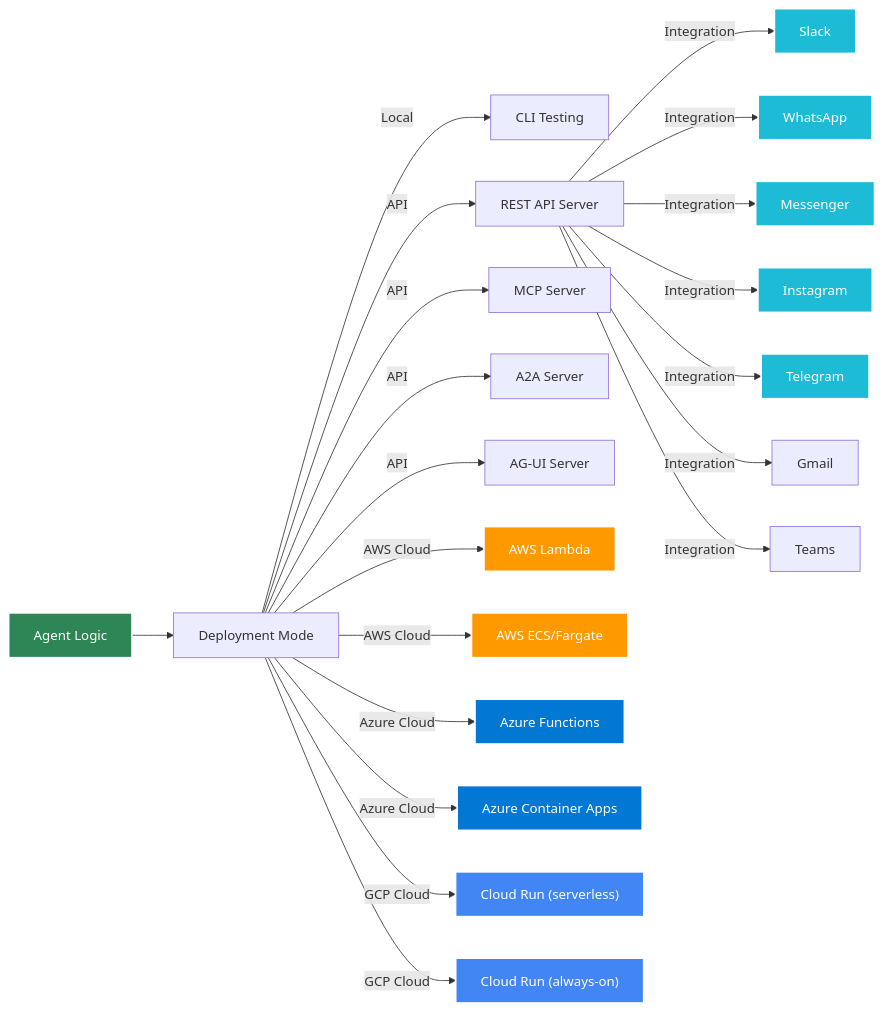
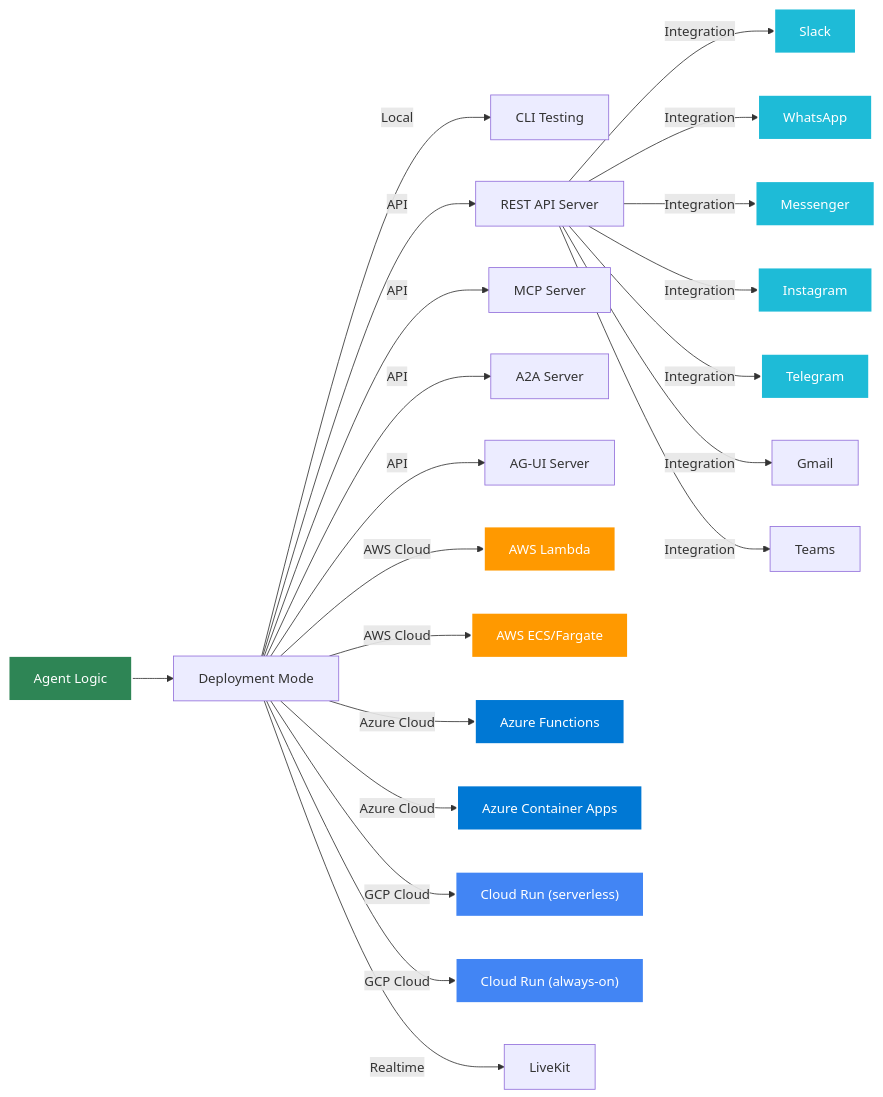
Before and after one commit to yaalalabs/agent-kernel: the second of 2 diagrams in docs/docs/intro.md, drawn with Mermaid. The commit also changed other lines of this file and 14 other files, not shown here.

````diff
--- a/docs/docs/intro.md
+++ b/docs/docs/intro.md
@@ -213,28 +212,29 @@
 ```mermaid
 ---
 config:
   layout: dagre
   elk: true
 ---
 flowchart LR
     A["Agent Logic"] --> B["Deployment Mode"]
     B -- Local --> C["CLI Testing"]
     B -- API --> D["REST API Server"] & G["MCP Server"] & H["A2A Server"] & U["AG-UI Server"]
     B -- AWS Cloud --> E["AWS Lambda"] & F["AWS ECS/Fargate"]
     B -- Azure Cloud --> K["Azure Functions"] & L["Azure Container Apps"]
     B -- GCP Cloud --> Q["Cloud Run (serverless)"] & R["Cloud Run (always-on)"]
     D -- Integration --> I["Slack"] & J["WhatsApp"] & M["Messenger"] & N["Instagram"] & O["Telegram"] & P["Gmail"] & T["Teams"]
+    B -- Realtime --> LK["LiveKit"]
 
     style A fill:#2e8555,stroke:#fff,stroke-width:2px,color:#fff
     style E fill:#FF9900,stroke:#fff,stroke-width:2px,color:#fff
     style F fill:#FF9900,stroke:#fff,stroke-width:2px,color:#fff
     style K fill:#0078D4,stroke:#fff,stroke-width:2px,color:#fff
     style L fill:#0078D4,stroke:#fff,stroke-width:2px,color:#fff
     style Q fill:#4285F4,stroke:#fff,stroke-width:2px,color:#fff
     style R fill:#4285F4,stroke:#fff,stroke-width:2px,color:#fff
     style I fill:#1ebbd7,stroke:#fff,stroke-width:2px,color:#fff
     style J fill:#1ebbd7,stroke:#fff,stroke-width:2px,color:#fff
     style M fill:#1ebbd7,stroke:#fff,stroke-width:2px,color:#fff
     style N fill:#1ebbd7,stroke:#fff,stroke-width:2px,color:#fff
     style O fill:#1ebbd7,stroke:#fff,stroke-width:2px,color:#fff
 ```
````
